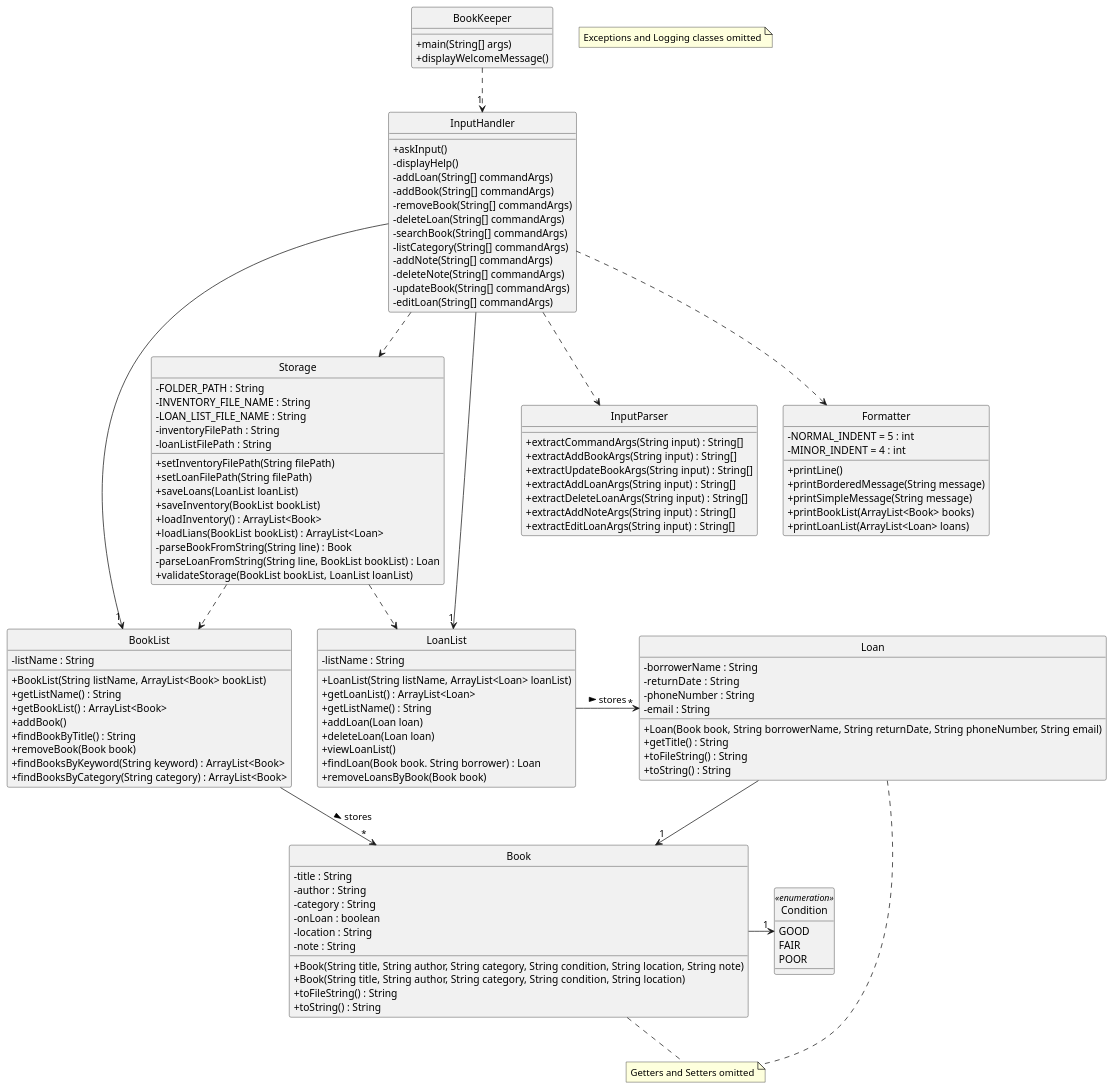
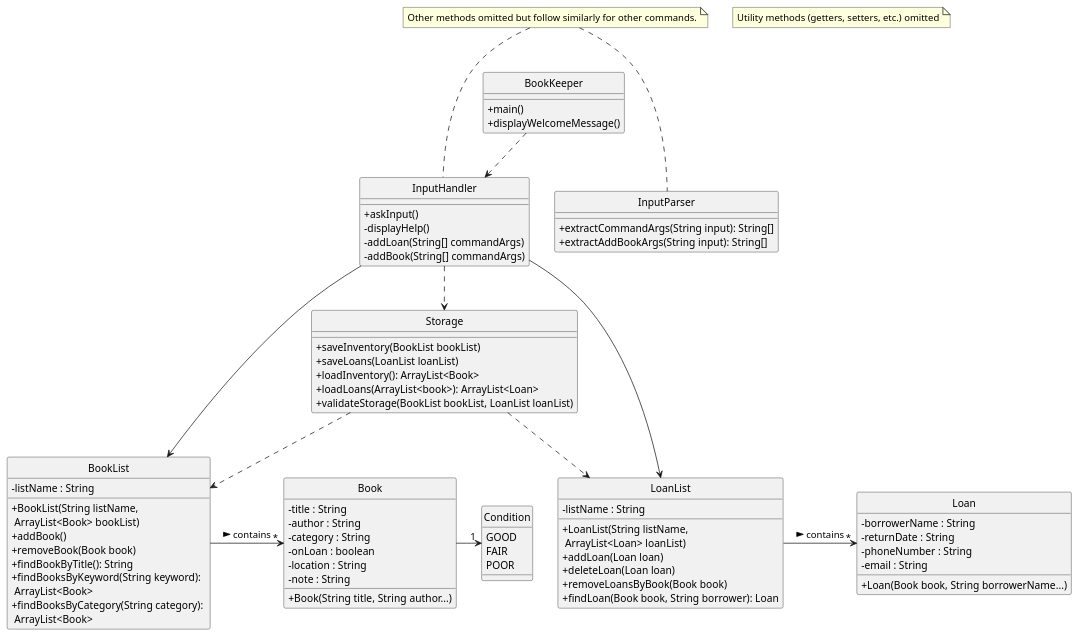
One commit to AY2425S2-CS2113-T12-2/tp changed the diagram in docs/diagrams/classDiagram.puml. Above: the diagram before and after it, drawn with PlantUML. The commit also changed 1 other file, not shown here.

Commit message:
fix feedback #138 the notes are weirdly positioned but I couldn't find a way to make it arranged nicer...

```diff
--- a/docs/diagrams/classDiagram.puml
+++ b/docs/diagrams/classDiagram.puml
@@ -1,126 +1,90 @@
 @startuml
 hide circle
 skinparam ClassAttributeIconSize 0
 show enum
 
 class BookList {
-    -listName : String
-    +BookList(String listName, ArrayList<Book> bookList)
-    +getListName() : String
-    +getBookList() : ArrayList<Book>
-    +addBook()
-    +findBookByTitle() : String
-    +removeBook(Book book)
-    +findBooksByKeyword(String keyword) : ArrayList<Book>
-    +findBooksByCategory(String category) : ArrayList<Book>
+    - listName : String
+    + BookList(String listName, \n ArrayList<Book> bookList)
+    + addBook()
+    + removeBook(Book book)
+    + findBookByTitle(): String
+    + findBooksByKeyword(String keyword): \n ArrayList<Book>
+    + findBooksByCategory(String category): \n ArrayList<Book>
 }
+
 class LoanList {
-    -listName : String
-    +LoanList(String listName, ArrayList<Loan> loanList)
-    +getLoanList() : ArrayList<Loan>
-    +getListName() : String
-    +addLoan(Loan loan)
-    +deleteLoan(Loan loan)
-    +viewLoanList()
-    +findLoan(Book book. String borrower) : Loan
-    +removeLoansByBook(Book book)
+    - listName : String
+    + LoanList(String listName, \n ArrayList<Loan> loanList)
+    + addLoan(Loan loan)
+    + deleteLoan(Loan loan)
+    + removeLoansByBook(Book book)
+    + findLoan(Book book, String borrower): Loan
+}
 
+class Book {
+    - title : String
+    - author : String
+    - category : String
+    - onLoan : boolean
+    - location : String
+    - note : String
+    + Book(String title, String author...)
 }
-class InputHandler {
-    +askInput() 
-    -displayHelp()
-    -addLoan(String[] commandArgs)
-    -addBook(String[] commandArgs)
-    -removeBook(String[] commandArgs)
-    -deleteLoan(String[] commandArgs)
-    -searchBook(String[] commandArgs)
-    -listCategory(String[] commandArgs)
-    -addNote(String[] commandArgs)
-    -deleteNote(String[] commandArgs)
-    -updateBook(String[] commandArgs)
-    -editLoan(String[] commandArgs)
+
+class Loan {
+    - borrowerName : String
+    - returnDate : String
+    - phoneNumber : String
+    - email : String
+    + Loan(Book book, String borrowerName...)
 }
-class InputParser {
-    +extractCommandArgs(String input) : String[]
-    +extractAddBookArgs(String input) : String[]
-    +extractUpdateBookArgs(String input) : String[]
-    +extractAddLoanArgs(String input) : String[]
-    +extractDeleteLoanArgs(String input) : String[]
-    +extractAddNoteArgs(String input) : String[]
-    +extractEditLoanArgs(String input) : String[]
-}
-class Book {
-    -title : String
-    -author : String
-    -category : String
-    -onLoan : boolean
-    -location : String
-    -note : String
-    +Book(String title, String author, String category, String condition, String location, String note)
-    +Book(String title, String author, String category, String condition, String location) 
-    +toFileString() : String
-    +toString() : String
-}
-class Loan {
-    -borrowerName : String
-    -returnDate :  String
-    -phoneNumber : String
-    -email : String
-    +Loan(Book book, String borrowerName, String returnDate, String phoneNumber, String email)
-    +getTitle() : String
-    +toFileString() : String
-    +toString() : String
-}
-note "Getters and Setters omitted" as N1
-Book .. N1
-Loan .. N1
 
-enum Condition <<enumeration>> {
-    GOOD 
+enum Condition {
+    GOOD
     FAIR
     POOR
 }
+
 class Storage {
-    -FOLDER_PATH : String
-    -INVENTORY_FILE_NAME : String
-    -LOAN_LIST_FILE_NAME : String
-    -inventoryFilePath : String
-    -loanListFilePath : String
-    +setInventoryFilePath(String filePath)
-    +setLoanFilePath(String filePath)
-    +saveLoans(LoanList loanList)
-    +saveInventory(BookList bookList)
-    +loadInventory() : ArrayList<Book>
-    +loadLians(BookList bookList) : ArrayList<Loan>
-    -parseBookFromString(String line) : Book
-    -parseLoanFromString(String line, BookList bookList) : Loan
-    +validateStorage(BookList bookList, LoanList loanList)
+    + saveInventory(BookList bookList)
+    + saveLoans(LoanList loanList)
+    + loadInventory(): ArrayList<Book>
+    + loadLoans(ArrayList<book>): ArrayList<Loan>
+    + validateStorage(BookList bookList, LoanList loanList)
 }
+
+class InputHandler {
+    + askInput()
+    - displayHelp()
+    - addLoan(String[] commandArgs)
+    - addBook(String[] commandArgs)
+}
+
+class InputParser {
+    + extractCommandArgs(String input): String[]
+    + extractAddBookArgs(String input): String[]
+}
+note "Other methods omitted but follow similarly for other commands." as N0
+
 class BookKeeper {
-    +main(String[] args)
-    +displayWelcomeMessage()
+    + main()
+    + displayWelcomeMessage()
 }
-class Formatter {
-    -NORMAL_INDENT = 5 : int
-    -MINOR_INDENT = 4 : int
-    +printLine()
-    +printBorderedMessage(String message)
-    +printSimpleMessage(String message)
-    +printBookList(ArrayList<Book> books)
-    +printLoanList(ArrayList<Loan> loans)
-}
-BookList -> "*" Book  : stores >
-LoanList -> "*" Loan : stores >
-InputHandler --> "1" BookList 
-InputHandler --> "1" LoanList
+
+note "Utility methods (getters, setters, etc.) omitted" as N1
+
+BookList -> "*" Book : contains >
+LoanList -> "*" Loan : contains >
+InputHandler --> BookList
+InputHandler --> LoanList
 InputHandler ..> Storage
-InputHandler ..> InputParser
-InputHandler ..> Formatter
-BookKeeper ..> "1" InputHandler
+BookKeeper ..> InputHandler
 Book -> "1" Condition
-Loan --> "1" Book
 Storage ..> BookList
 Storage ..> LoanList
-note "Exceptions and Logging classes omitted" as N2
+
+N0 ... InputHandler
+N0 ... InputParser
 
 @enduml
```
